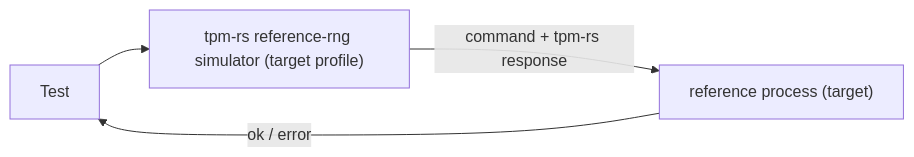
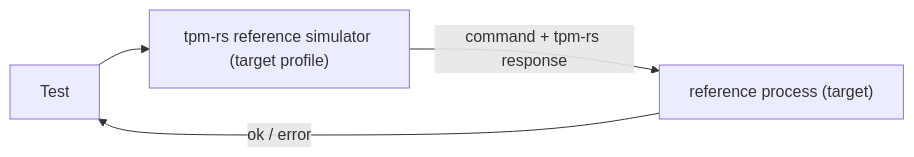
One commit to tpm-rs/tpm-rs changed the diagram in differential.md. Above: the diagram before and after it, drawn with Mermaid. The commit also changed other lines of this file and 108 other files, not shown here.

````diff
--- a/differential.md
+++ b/differential.md
@@ -52,6 +52,6 @@
 ```mermaid
 flowchart LR
-  T["Test"] --> R["tpm-rs reference-rng simulator (target profile)"]
+  T["Test"] --> R["tpm-rs reference simulator (target profile)"]
   R -- "command + tpm-rs response" --> M["reference process (target)"]
   M -- "ok / error" --> T
 ```
````
